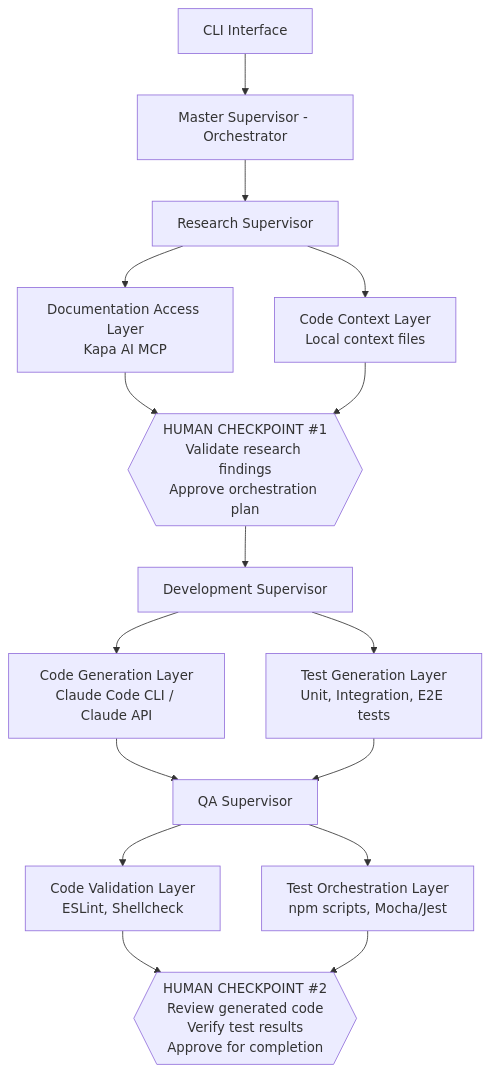
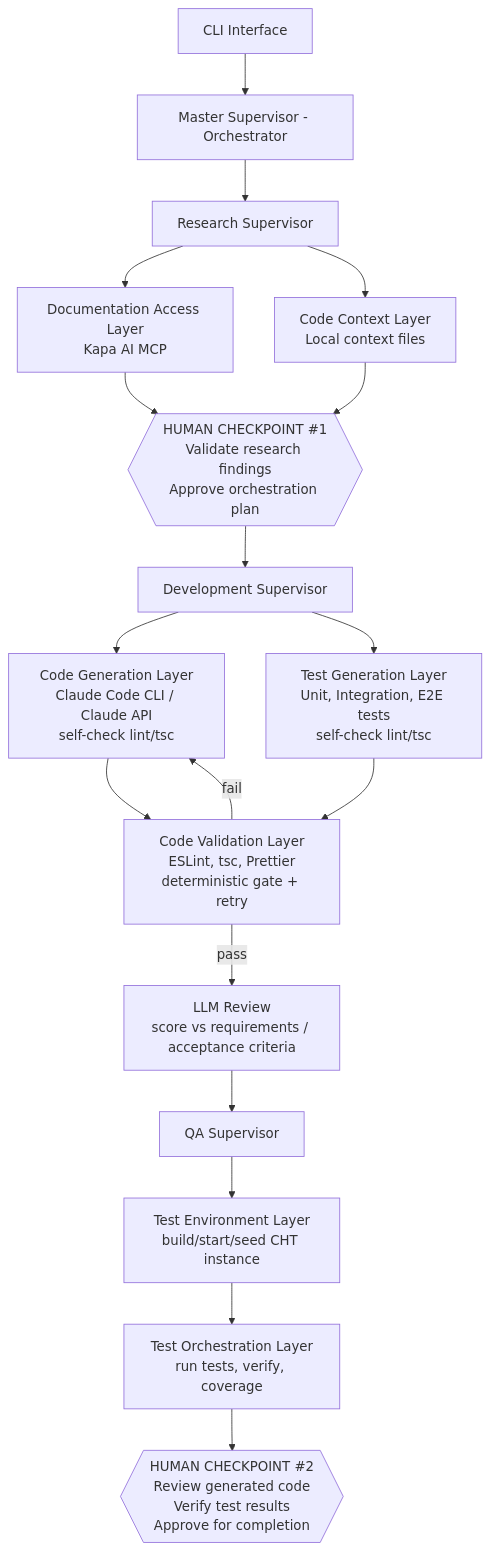
The diagram in designs/CHT Hierarchical Multi-Agent System PoC.md (medic/cht-agent), drawn with Mermaid before and after one commit. The commit also changed other lines of this file and 1 other file, not shown here.

Commit message:
chore: update test env rec document and main PoC design to reflect layer changes

````diff
--- a/designs/CHT Hierarchical Multi-Agent System PoC.md
+++ b/designs/CHT Hierarchical Multi-Agent System PoC.md
@@ -43,32 +43,36 @@
 ```mermaid
 flowchart TB
     CLI[CLI Interface]
     Master[Master Supervisor - Orchestrator]
     Research[Research Supervisor]
     DocLayer[Documentation Access Layer<br/>Kapa AI MCP]
     ContextLayer[Code Context Layer<br/>Local context files]
     HC1{{"HUMAN CHECKPOINT #1<br/>Validate research findings<br/>Approve orchestration plan"}}
     Dev[Development Supervisor]
-    CodeGen[Code Generation Layer<br/>Claude Code CLI / Claude API]
-    TestGen[Test Generation Layer<br/>Unit, Integration, E2E tests]
+    CodeGen[Code Generation Layer<br/>Claude Code CLI / Claude API<br/>self-check lint/tsc]
+    TestGen[Test Generation Layer<br/>Unit, Integration, E2E tests<br/>self-check lint/tsc]
+    Validation[Code Validation Layer<br/>ESLint, tsc, Prettier<br/>deterministic gate + retry]
+    Review[LLM Review<br/>score vs requirements / acceptance criteria]
     QA[QA Supervisor]
-    Validation[Code Validation Layer<br/>ESLint, Shellcheck]
-    TestOrch[Test Orchestration Layer<br/>npm scripts, Mocha/Jest]
+    TestEnv[Test Environment Layer<br/>build/start/seed CHT instance]
+    TestOrch[Test Orchestration Layer<br/>run tests, verify, coverage]
     HC2{{"HUMAN CHECKPOINT #2<br/>Review generated code<br/>Verify test results<br/>Approve for completion"}}
 
     CLI --> Master
     Master --> Research
     Research --> DocLayer
     Research --> ContextLayer
     DocLayer --> HC1
     ContextLayer --> HC1
     HC1 --> Dev
     Dev --> CodeGen
     Dev --> TestGen
-    CodeGen --> QA
-    TestGen --> QA
-    QA --> Validation
-    QA --> TestOrch
-    Validation --> HC2
+    CodeGen --> Validation
+    TestGen --> Validation
+    Validation -->|fail| CodeGen
+    Validation -->|pass| Review
+    Review --> QA
+    QA --> TestEnv
+    TestEnv --> TestOrch
     TestOrch --> HC2
 ```
````
